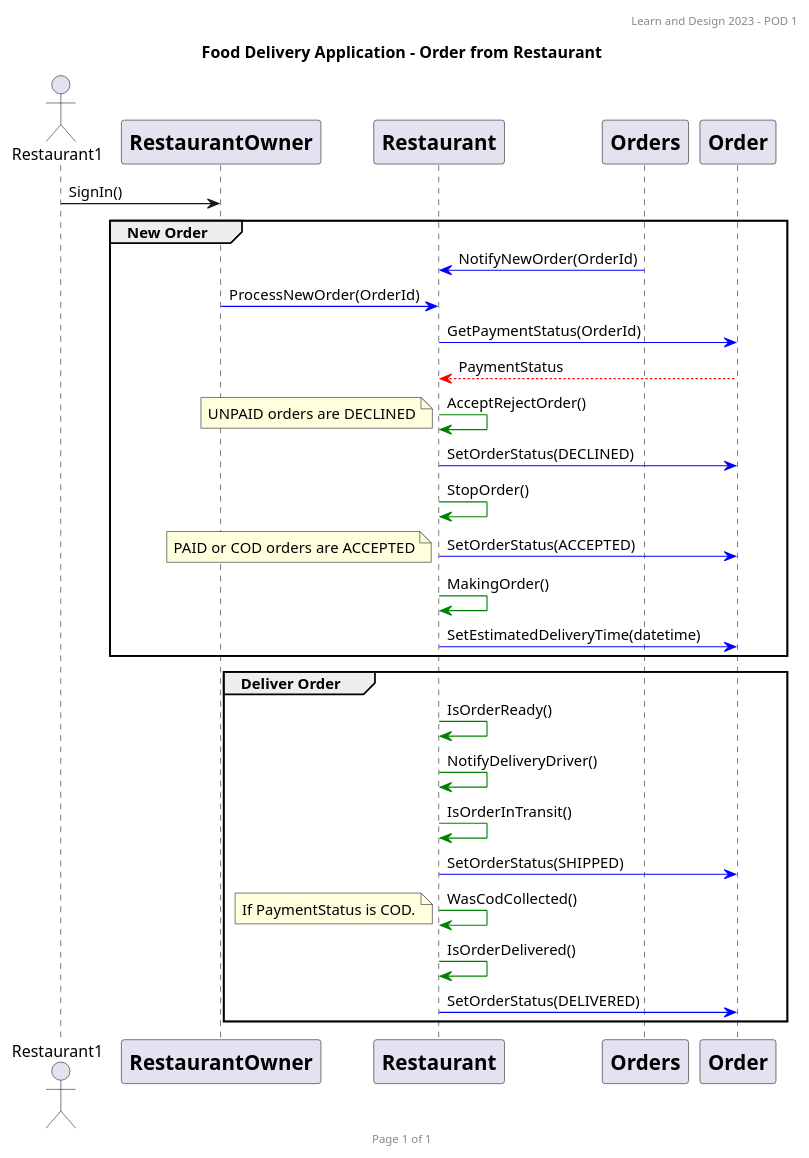
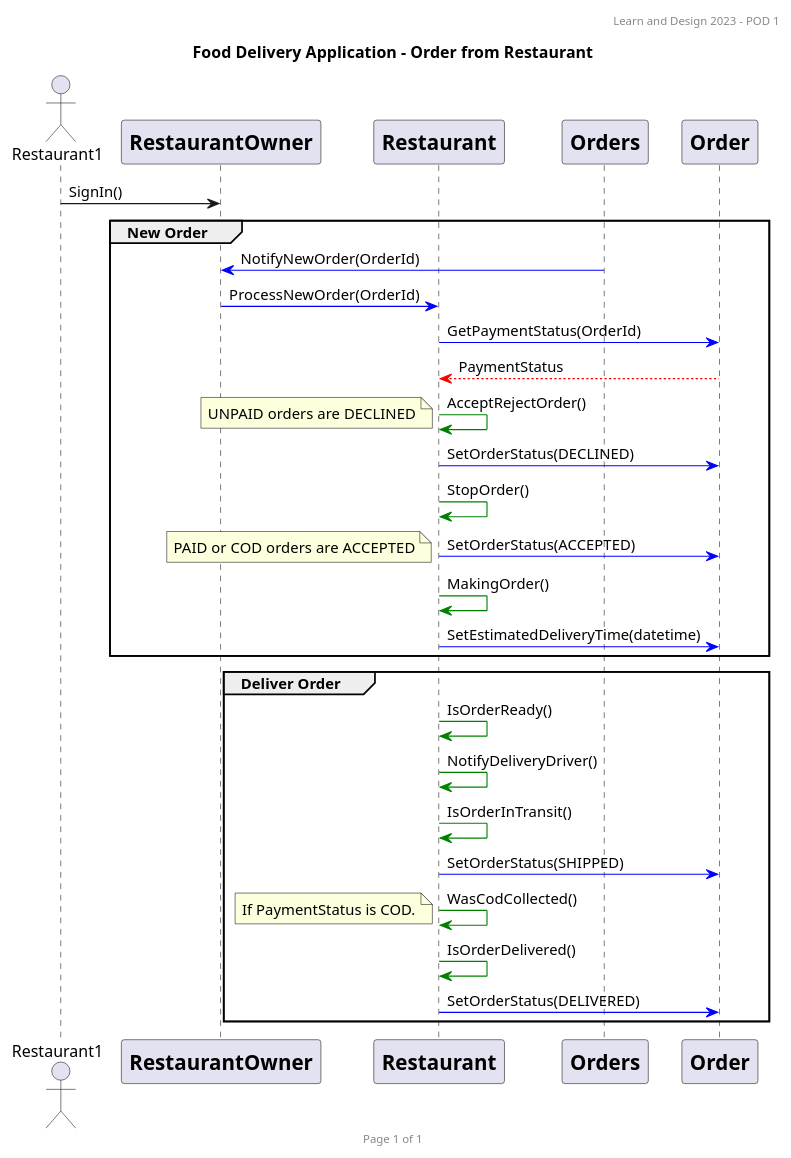
Before and after one commit to WestonDockstader/FoodDeliveryApp: the diagram in SequenceDiagram/restaurantOwner-sequence.puml, drawn with PlantUML. The commit also changed 1 other file, not shown here.

Commit message:
Fix NotifyNewOrder(OrderId) to Restaurant Owner

```diff
--- a/SequenceDiagram/restaurantOwner-sequence.puml
+++ b/SequenceDiagram/restaurantOwner-sequence.puml
@@ -1,56 +1,56 @@
 @startuml
 header Learn and Design 2023 - POD 1
 footer Page %page% of %lastpage%
 
 title: Food Delivery Application - Order from Restaurant
 
 actor Restaurant1
 
 participant RestaurantOwner [
     = RestaurantOwner
 ]
 
 participant Restaurant [
     = Restaurant
 ]
 
 participant Orders [
     = Orders
 ]
 
 participant Order [
     = Order
 ]
 
 Restaurant1 -> RestaurantOwner : SignIn()
     group New Order
-Orders -[#blue]> Restaurant : NotifyNewOrder(OrderId)
+Orders -[#blue]> RestaurantOwner : NotifyNewOrder(OrderId)
 RestaurantOwner -[#blue]> Restaurant : ProcessNewOrder(OrderId)
 Restaurant -[#blue]> Order : GetPaymentStatus(OrderId)
 Order -[#red]-> Restaurant : PaymentStatus
 Restaurant -[#green]> Restaurant : AcceptRejectOrder()
     note left
         UNPAID orders are DECLINED
     end note
 Restaurant -[#blue]> Order : SetOrderStatus(DECLINED)
 Restaurant -[#green]> Restaurant : StopOrder()
 Restaurant -[#blue]> Order : SetOrderStatus(ACCEPTED)
     note left
         PAID or COD orders are ACCEPTED
     end note
 Restaurant -[#green]> Restaurant : MakingOrder()
 Restaurant -[#blue]> Order : SetEstimatedDeliveryTime(datetime)
     end
     group Deliver Order
 Restaurant -[#green]> Restaurant : IsOrderReady()
 Restaurant -[#green]> Restaurant : NotifyDeliveryDriver()
 Restaurant -[#green]> Restaurant : IsOrderInTransit()
 Restaurant -[#blue]> Order : SetOrderStatus(SHIPPED)
 Restaurant -[#green]> Restaurant : WasCodCollected()
     note left
         If PaymentStatus is COD.
     end note
 Restaurant -[#green]> Restaurant : IsOrderDelivered()
 Restaurant -[#blue]> Order : SetOrderStatus(DELIVERED)
     end
 @enduml
```
